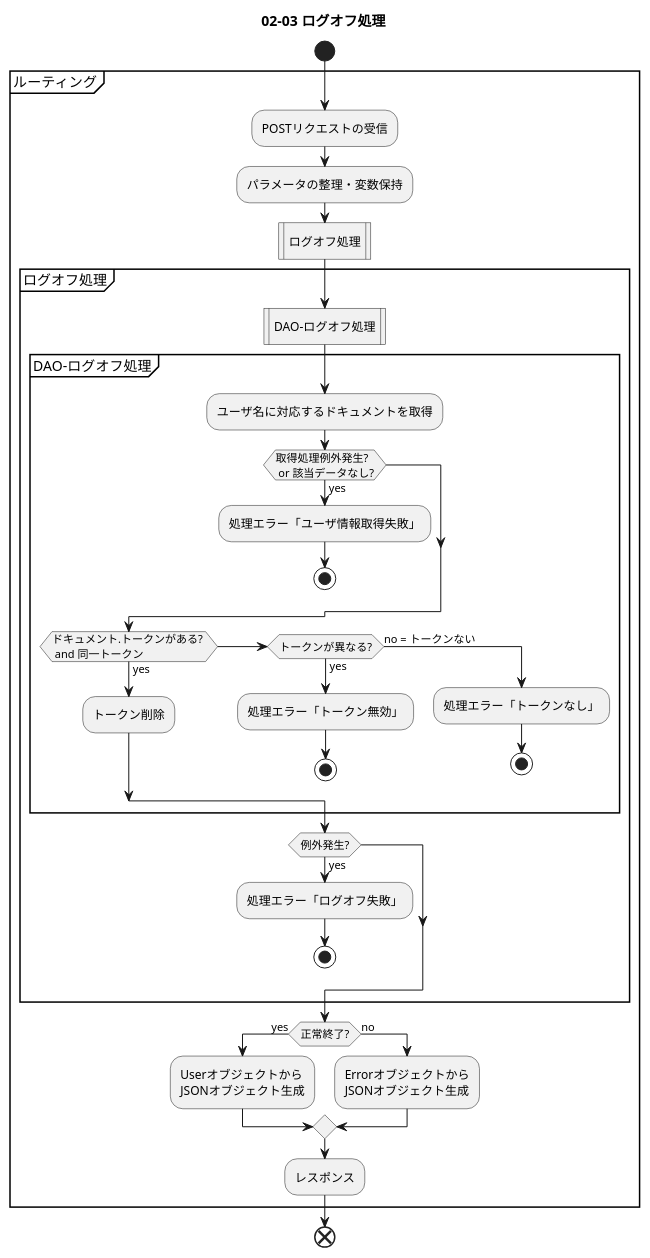
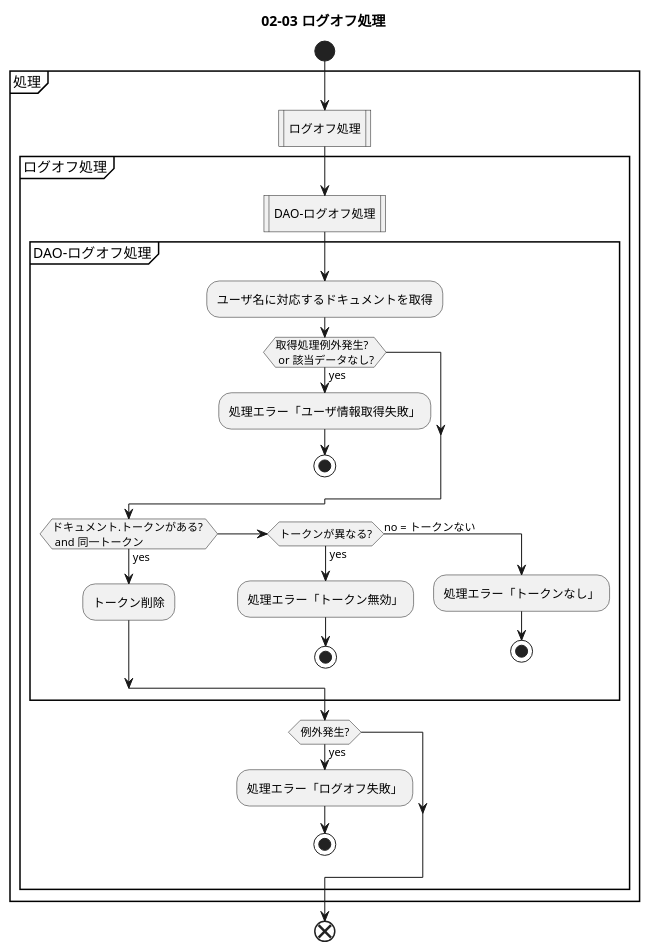
One commit to filunK/choikini changed the diagram in design/02-design/02-03_ACT_logoff.puml. Above: the diagram before and after it, drawn with PlantUML.

Commit message:
設計 ログイン・ログオフ

```diff
--- a/design/02-design/02-03_ACT_logoff.puml
+++ b/design/02-design/02-03_ACT_logoff.puml
@@ -1,61 +1,49 @@
 @startuml 02-03_ACT_ログオフ処理
 title 02-03 ログオフ処理
     start
     
-    partition ルーティング {
+    partition 処理 {
 
-        :POSTリクエストの受信;
-        :パラメータの整理・変数保持;
-        
         :ログオフ処理|
         partition ログオフ処理 {
             
             :DAO-ログオフ処理|
             partition DAO-ログオフ処理 {
                 
                 :ユーザ名に対応するドキュメントを取得;
                 if (取得処理例外発生? \n or 該当データなし?) then (yes)
                     :処理エラー「ユーザ情報取得失敗」;
                     stop
                     
                 endif
 
                 if (ドキュメント.トークンがある? \n and 同一トークン) then (yes)
                     :トークン削除;
 
                 elseif (トークンが異なる?) then (yes)
                     :処理エラー「トークン無効」;
                     stop
                     
                 else (no = トークンない)
                     :処理エラー「トークンなし」;
                     stop
-                    
+
                 endif
 
 
             }
 
 
             if (例外発生?) then (yes)
                 :処理エラー「ログオフ失敗」;
                 stop
             endif
             
         }
 
-        if (正常終了?) then (yes)
-        :Userオブジェクトから\nJSONオブジェクト生成;
-            
-        else (no)
-        :Errorオブジェクトから\nJSONオブジェクト生成;
-            
-        endif
-        
-        :レスポンス;
         
     }
 
     end
 
 @enduml
```
